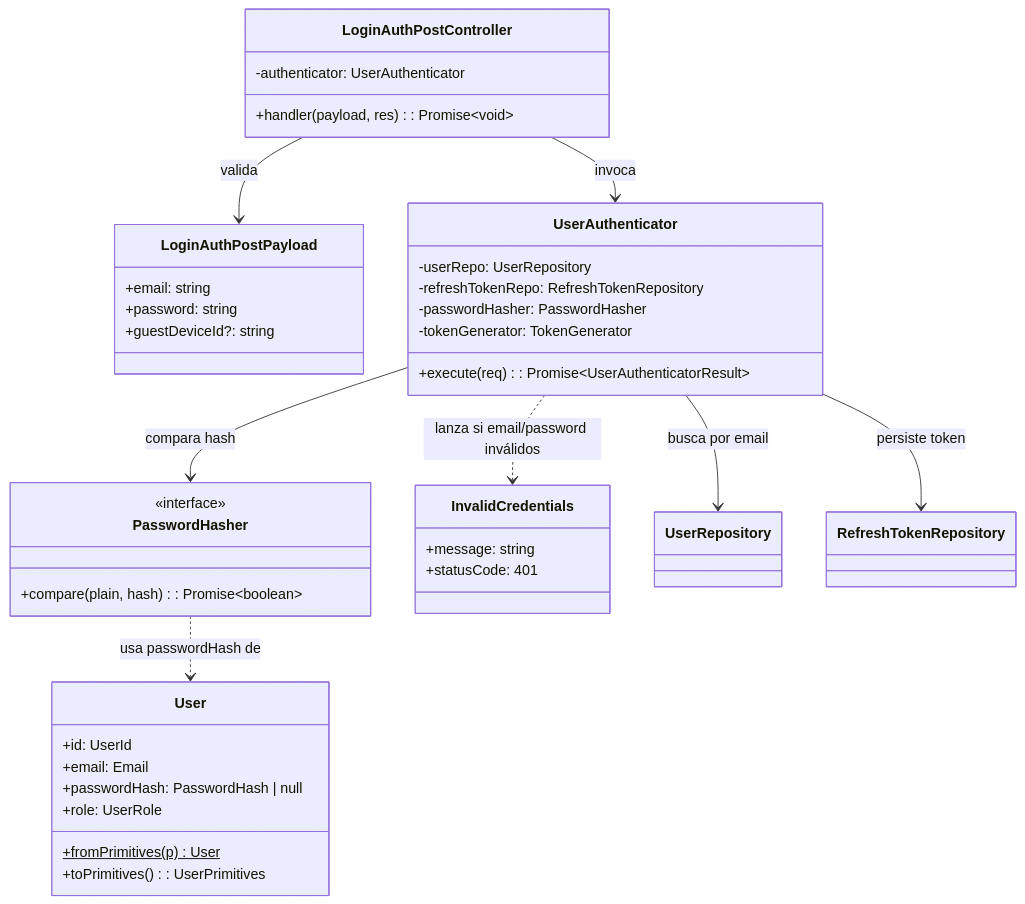
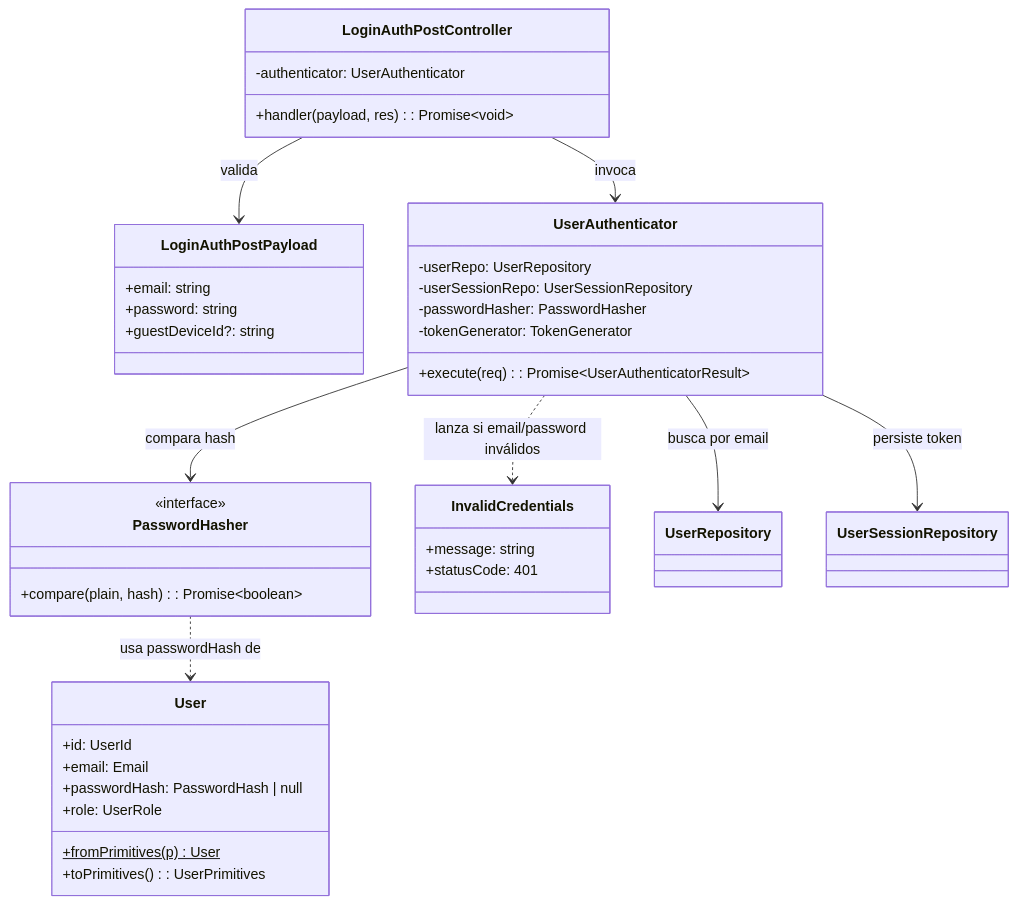
The diagram in docs/apps/api/identity/login/classes.md (AbrahamVilchesDeLaCruz/ididntcatchthat), drawn with Mermaid before and after one commit. The commit also changed 166 other files, not shown here.

First line of the commit message:
refactor(identity): replace RefreshToken with UserSession aggregate

````diff
--- a/docs/apps/api/identity/login/classes.md
+++ b/docs/apps/api/identity/login/classes.md
@@ -5,48 +5,48 @@
 ```mermaid
 classDiagram
     class LoginAuthPostController {
         -authenticator: UserAuthenticator
         +handler(payload, res): Promise~void~
     }
 
     class LoginAuthPostPayload {
         +email: string
         +password: string
         +guestDeviceId?: string
     }
 
     class UserAuthenticator {
         -userRepo: UserRepository
-        -refreshTokenRepo: RefreshTokenRepository
+        -userSessionRepo: UserSessionRepository
         -passwordHasher: PasswordHasher
         -tokenGenerator: TokenGenerator
         +execute(req): Promise~UserAuthenticatorResult~
     }
 
     class User {
         +id: UserId
         +email: Email
         +passwordHash: PasswordHash | null
         +role: UserRole
         +fromPrimitives(p)$ User
         +toPrimitives(): UserPrimitives
     }
 
     class PasswordHasher {
         <<interface>>
         +compare(plain, hash): Promise~boolean~
     }
 
     class InvalidCredentials {
         +message: string
         +statusCode: 401
     }
 
     LoginAuthPostController --> LoginAuthPostPayload : valida
     LoginAuthPostController --> UserAuthenticator : invoca
     UserAuthenticator --> UserRepository : busca por email
     UserAuthenticator --> PasswordHasher : compara hash
-    UserAuthenticator --> RefreshTokenRepository : persiste token
+    UserAuthenticator --> UserSessionRepository : persiste token
     UserAuthenticator ..> InvalidCredentials : lanza si email/password inválidos
     PasswordHasher ..> User : usa passwordHash de
 ```
````
